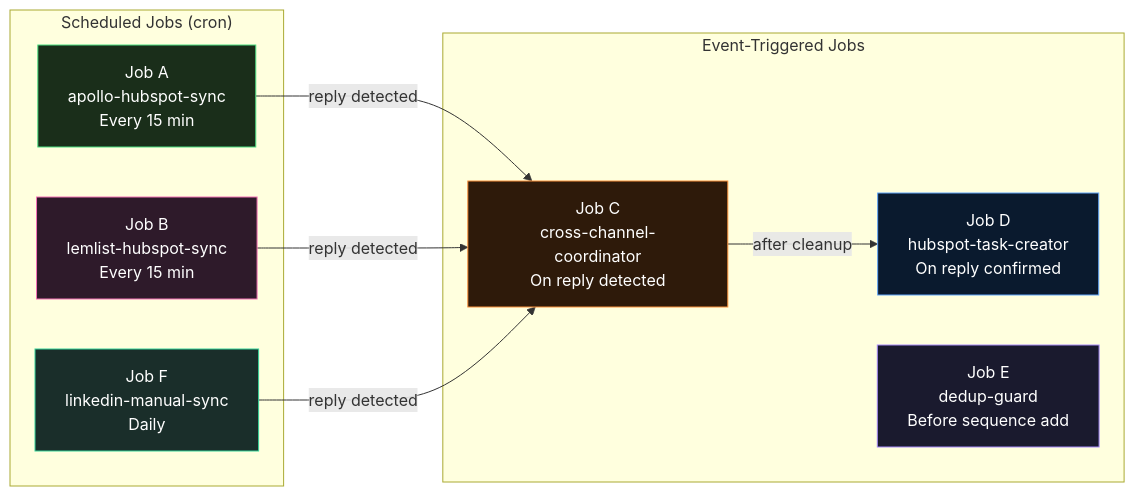
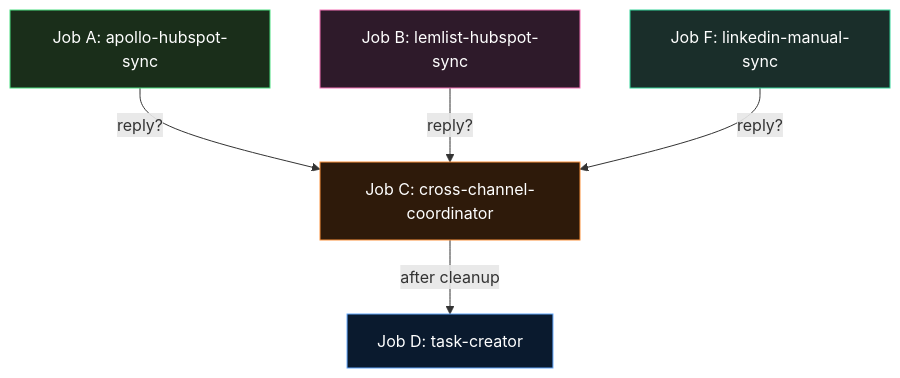
The sixth of 9 diagrams in Kernelics email outreaching automation/architecture.md (Artemponomarev/ai-agent-guides), drawn with Mermaid before and after one commit. The commit also changed other lines of this file, not shown here.

First line of the commit message:
Fix Mermaid diagrams for Obsidian rendering

````diff
--- a/Kernelics email outreaching automation/architecture.md
+++ b/Kernelics email outreaching automation/architecture.md
@@ -81,26 +88,14 @@
 ```mermaid
-flowchart LR
-    subgraph SCHEDULED["Scheduled Jobs (cron)"]
-        A["Job A\napollo-hubspot-sync\nEvery 15 min"]
-        B["Job B\nlemlist-hubspot-sync\nEvery 15 min"]
-        F["Job F\nlinkedin-manual-sync\nDaily"]
-    end
-
-    subgraph EVENT["Event-Triggered Jobs"]
-        C["Job C\ncross-channel-coordinator\nOn reply detected"]
-        D["Job D\nhubspot-task-creator\nOn reply confirmed"]
-        E["Job E\ndedup-guard\nBefore sequence add"]
-    end
-
-    A -->|"reply detected"| C
-    B -->|"reply detected"| C
-    F -->|"reply detected"| C
-    C -->|"after cleanup"| D
+flowchart TD
+    A[Job A: apollo-hubspot-sync] -->|reply?| C
+    B[Job B: lemlist-hubspot-sync] -->|reply?| C
+    F[Job F: linkedin-manual-sync] -->|reply?| C
+    C[Job C: cross-channel-coordinator]
+    C -->|after cleanup| D[Job D: task-creator]
 
     style A fill:#1a2e1a,stroke:#4ade80,color:#fff
     style B fill:#2e1a2a,stroke:#f472b6,color:#fff
     style C fill:#2e1a0a,stroke:#fb923c,color:#fff
     style D fill:#0a1a2e,stroke:#60a5fa,color:#fff
-    style E fill:#1a1a2e,stroke:#a78bfa,color:#fff
     style F fill:#1a2e2a,stroke:#34d399,color:#fff
 ```
````
